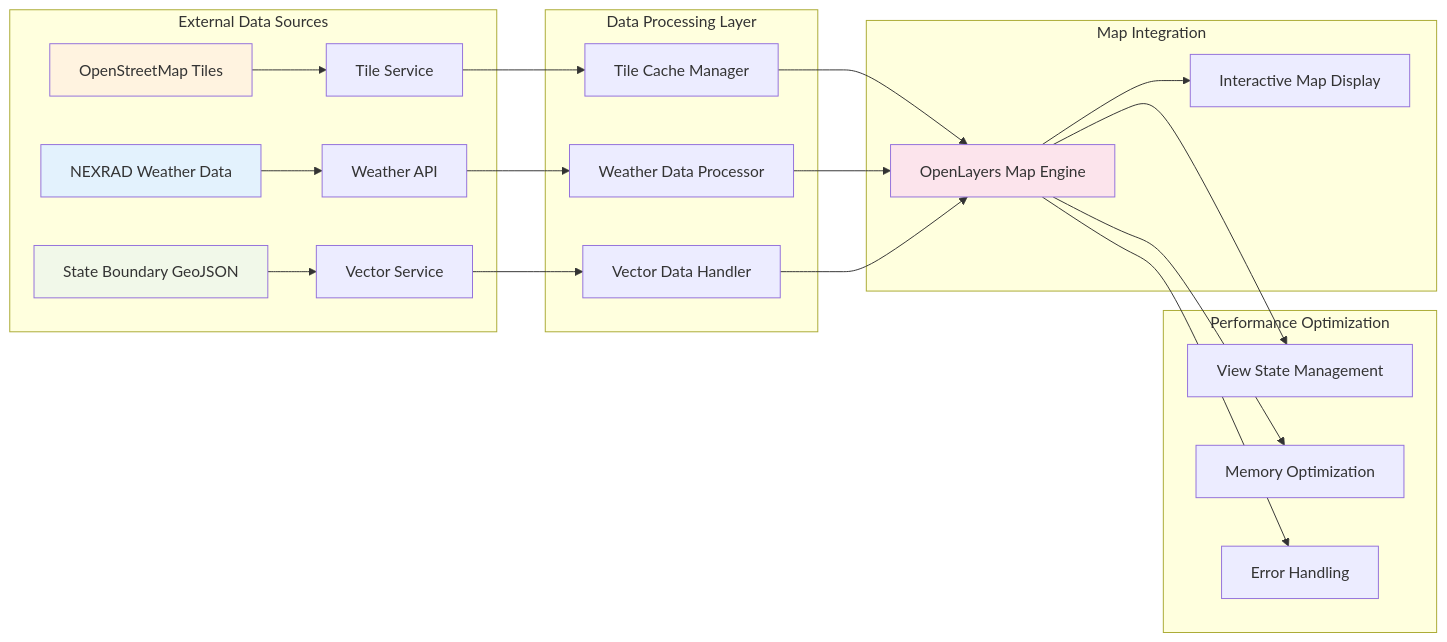
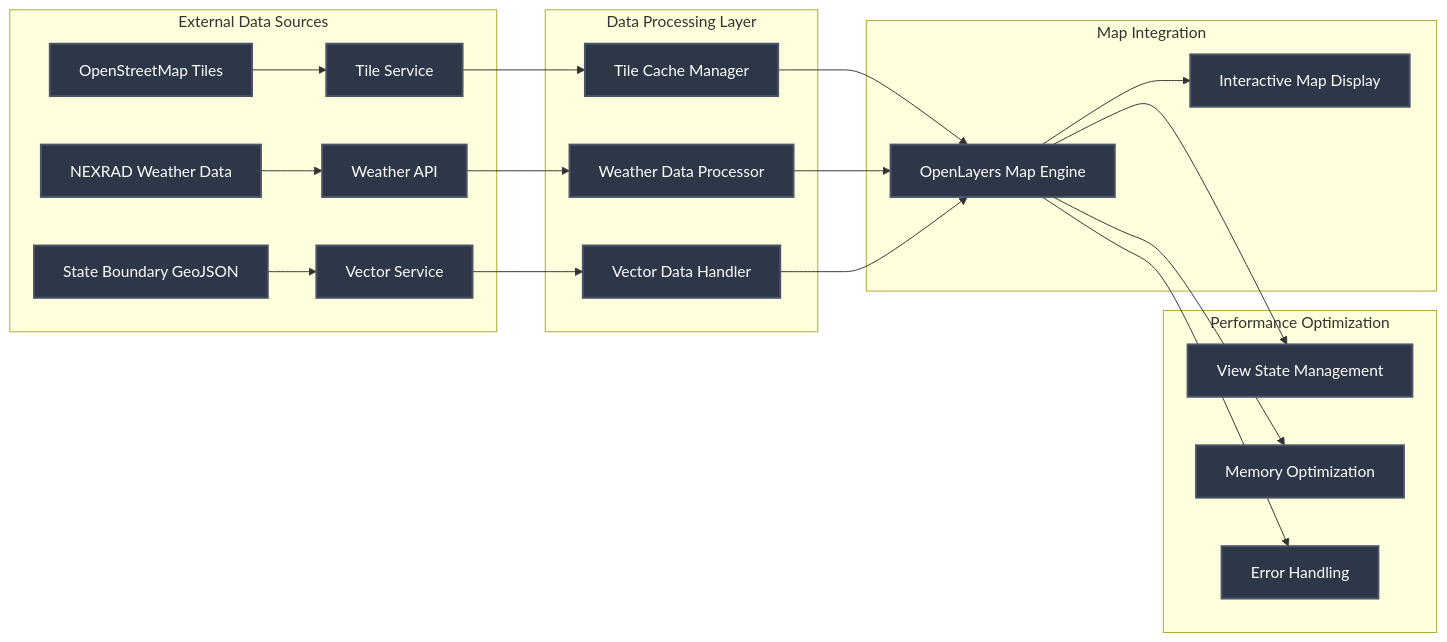
The second of 9 diagrams in README.md (hkevin01/Layers-Radar-States-Streets), drawn with Mermaid before and after one commit. The commit also changed other lines of this file, not shown here.

Commit message:
refactor: Standardize diagram styles for improved visual consistency

````diff
--- a/README.md
+++ b/README.md
@@ -62,32 +74,42 @@
 ```mermaid
 graph LR
     subgraph "External Data Sources"
         A[OpenStreetMap Tiles] --> D[Tile Service]
         B[NEXRAD Weather Data] --> E[Weather API]
         C[State Boundary GeoJSON] --> F[Vector Service]
     end
 
     subgraph "Data Processing Layer"
         D --> G[Tile Cache Manager]
         E --> H[Weather Data Processor]
         F --> I[Vector Data Handler]
     end
 
     subgraph "Map Integration"
         G --> J[OpenLayers Map Engine]
         H --> J
         I --> J
         J --> K[Interactive Map Display]
     end
 
     subgraph "Performance Optimization"
         J --> L[View State Management]
         J --> M[Memory Optimization]
         J --> N[Error Handling]
     end
 
-    style A fill:#fff3e0
-    style B fill:#e3f2fd
-    style C fill:#f1f8e9
-    style J fill:#fce4ec
+    style A fill:#2d3748,stroke:#4a5568,stroke-width:2px,color:#ffffff
+    style B fill:#2d3748,stroke:#4a5568,stroke-width:2px,color:#ffffff
+    style C fill:#2d3748,stroke:#4a5568,stroke-width:2px,color:#ffffff
+    style D fill:#2d3748,stroke:#4a5568,stroke-width:2px,color:#ffffff
+    style E fill:#2d3748,stroke:#4a5568,stroke-width:2px,color:#ffffff
+    style F fill:#2d3748,stroke:#4a5568,stroke-width:2px,color:#ffffff
+    style G fill:#2d3748,stroke:#4a5568,stroke-width:2px,color:#ffffff
+    style H fill:#2d3748,stroke:#4a5568,stroke-width:2px,color:#ffffff
+    style I fill:#2d3748,stroke:#4a5568,stroke-width:2px,color:#ffffff
+    style J fill:#2d3748,stroke:#4a5568,stroke-width:2px,color:#ffffff
+    style K fill:#2d3748,stroke:#4a5568,stroke-width:2px,color:#ffffff
+    style L fill:#2d3748,stroke:#4a5568,stroke-width:2px,color:#ffffff
+    style M fill:#2d3748,stroke:#4a5568,stroke-width:2px,color:#ffffff
+    style N fill:#2d3748,stroke:#4a5568,stroke-width:2px,color:#ffffff
 ```
````
